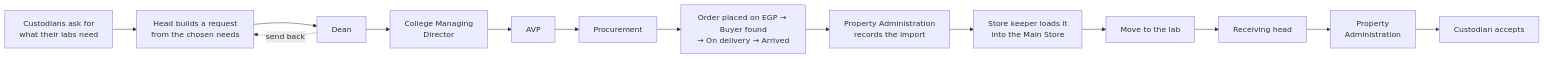
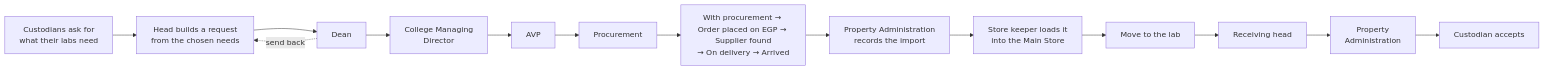
The second of 5 diagrams in docs/user-guide/appendix.md (diagomike/lab_resource_v2), drawn with Mermaid before and after one commit. The commit also changed other lines of this file and 38 other files, not shown here.

First line of the commit message:
Procurement as a process: start the purchase, combine requests, edit what is bought, a stage timeline

````diff
--- a/docs/user-guide/appendix.md
+++ b/docs/user-guide/appendix.md
@@ -39,11 +39,11 @@
 ```mermaid
 flowchart LR
   N[Custodians ask for<br/>what their labs need] --> H[Head builds a request<br/>from the chosen needs]
   H --> DN[Dean] --> CMD[College Managing<br/>Director] --> AVP[AVP] --> P[Procurement]
   DN -. send back .-> H
-  P --> O[Order placed on EGP → Buyer found<br/>→ On delivery → Arrived]
+  P --> O[With procurement → Order placed on EGP → Supplier found<br/>→ On delivery → Arrived]
   O --> IR[Property Administration<br/>records the import]
   IR --> S[Store keeper loads it<br/>into the Main Store]
   S --> HO[Move to the lab]
   HO --> RH[Receiving head] --> PA[Property<br/>Administration] --> RC[Custodian accepts]
 ```
````
